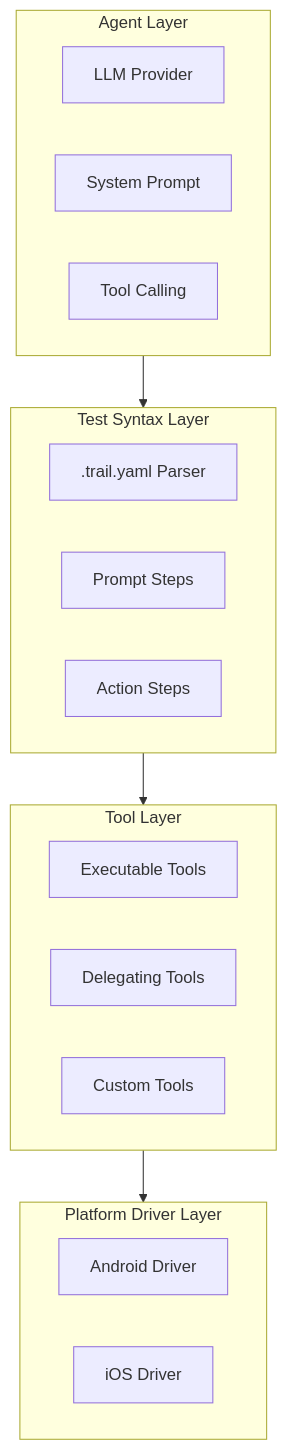
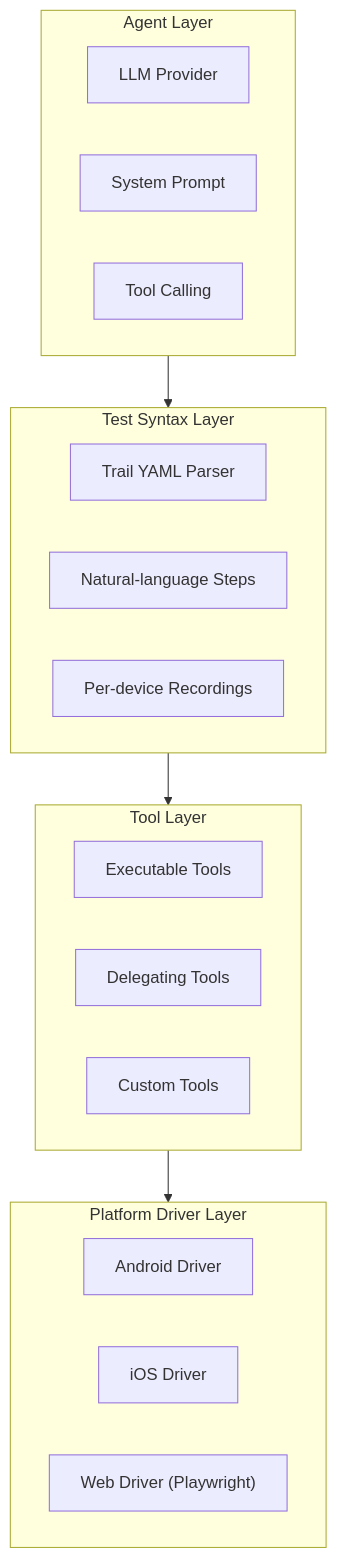
One commit to block/trailblaze changed the first of 3 diagrams in docs/architecture.md. Above: the diagram before and after it, drawn with Mermaid. The commit also changed other lines of this file and 79 other files, not shown here.

````diff
--- a/docs/architecture.md
+++ b/docs/architecture.md
@@ -85,25 +86,26 @@
 ```mermaid
 flowchart TB
     subgraph agent["Agent Layer"]
         LLM["LLM Provider"]
         SP["System Prompt"]
         TC["Tool Calling"]
     end
     subgraph syntax["Test Syntax Layer"]
-        YAML[".trail.yaml Parser"]
-        PROMPT["Prompt Steps"]
-        ACTION["Action Steps"]
+        YAML["Trail YAML Parser"]
+        PROMPT["Natural-language Steps"]
+        ACTION["Per-device Recordings"]
     end
     subgraph tools["Tool Layer"]
         ET["Executable Tools"]
         DT["Delegating Tools"]
         CT["Custom Tools"]
     end
     subgraph drivers["Platform Driver Layer"]
         AD["Android Driver"]
         ID["iOS Driver"]
+        WD["Web Driver (Playwright)"]
     end
     agent --> syntax
     syntax --> tools
     tools --> drivers
 ```
````
